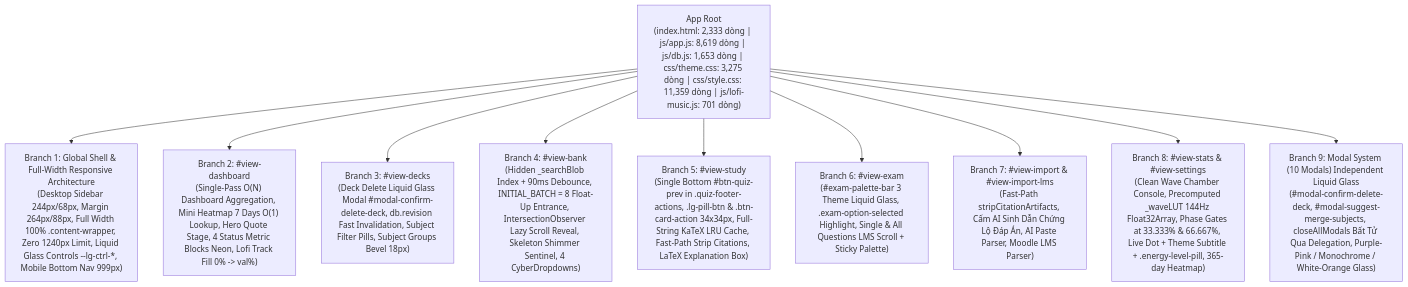
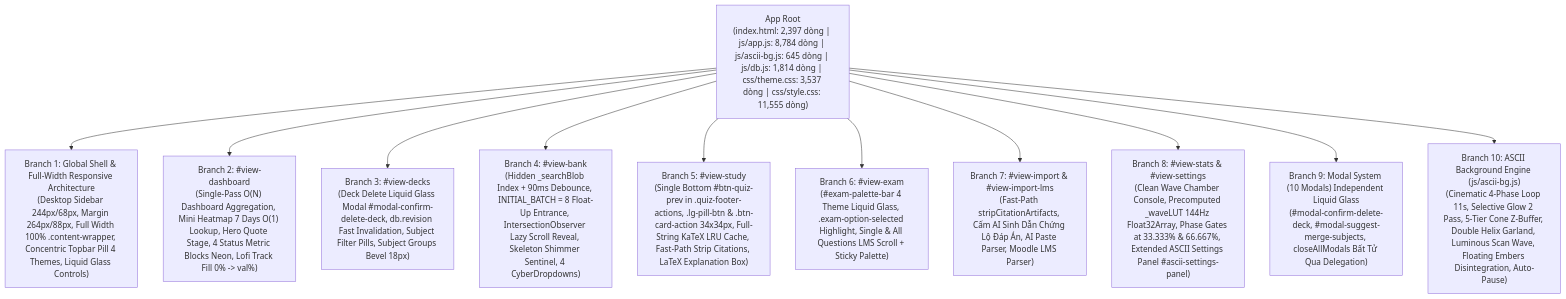
Before and after one commit to longcrpuen/tinhminhlaki: the first of 2 diagrams in docs/ARCHITECTURE_GRAPH.md, drawn with Mermaid. The commit also changed other lines of this file and 9 other files, not shown here.

````diff
--- a/docs/ARCHITECTURE_GRAPH.md
+++ b/docs/ARCHITECTURE_GRAPH.md
@@ -15,14 +15,15 @@
 ```mermaid
 graph TD
-    Root["App Root<br/>(index.html: 2,333 dòng | js/app.js: 8,619 dòng | js/db.js: 1,653 dòng | css/theme.css: 3,275 dòng | css/style.css: 11,359 dòng | js/lofi-music.js: 701 dòng)"]
+    Root["App Root<br/>(index.html: 2,397 dòng | js/app.js: 8,784 dòng | js/ascii-bg.js: 645 dòng | js/db.js: 1,814 dòng | css/theme.css: 3,537 dòng | css/style.css: 11,555 dòng)"]
 
-    Root --> B1["Branch 1: Global Shell & Full-Width Responsive Architecture<br/>(Desktop Sidebar 244px/68px, Margin 264px/88px, Full Width 100% .content-wrapper, Zero 1240px Limit, Liquid Glass Controls --lg-ctrl-*, Mobile Bottom Nav 999px)"]
+    Root --> B1["Branch 1: Global Shell & Full-Width Responsive Architecture<br/>(Desktop Sidebar 244px/68px, Margin 264px/88px, Full Width 100% .content-wrapper, Concentric Topbar Pill 4 Themes, Liquid Glass Controls)"]
     Root --> B2["Branch 2: #view-dashboard<br/>(Single-Pass O(N) Dashboard Aggregation, Mini Heatmap 7 Days O(1) Lookup, Hero Quote Stage, 4 Status Metric Blocks Neon, Lofi Track Fill 0% -> val%)"]
     Root --> B3["Branch 3: #view-decks<br/>(Deck Delete Liquid Glass Modal #modal-confirm-delete-deck, db.revision Fast Invalidation, Subject Filter Pills, Subject Groups Bevel 18px)"]
     Root --> B4["Branch 4: #view-bank<br/>(Hidden _searchBlob Index + 90ms Debounce, INITIAL_BATCH = 8 Float-Up Entrance, IntersectionObserver Lazy Scroll Reveal, Skeleton Shimmer Sentinel, 4 CyberDropdowns)"]
     Root --> B5["Branch 5: #view-study<br/>(Single Bottom #btn-quiz-prev in .quiz-footer-actions, .lg-pill-btn & .btn-card-action 34x34px, Full-String KaTeX LRU Cache, Fast-Path Strip Citations, LaTeX Explanation Box)"]
-    Root --> B6["Branch 6: #view-exam<br/>(#exam-palette-bar 3 Theme Liquid Glass, .exam-option-selected Highlight, Single & All Questions LMS Scroll + Sticky Palette)"]
+    Root --> B6["Branch 6: #view-exam<br/>(#exam-palette-bar 4 Theme Liquid Glass, .exam-option-selected Highlight, Single & All Questions LMS Scroll + Sticky Palette)"]
     Root --> B7["Branch 7: #view-import & #view-import-lms<br/>(Fast-Path stripCitationArtifacts, Cấm AI Sinh Dẫn Chứng Lộ Đáp Án, AI Paste Parser, Moodle LMS Parser)"]
-    Root --> B8["Branch 8: #view-stats & #view-settings<br/>(Clean Wave Chamber Console, Precomputed _waveLUT 144Hz Float32Array, Phase Gates at 33.333% & 66.667%, Live Dot + Theme Subtitle + .energy-level-pill, 365-day Heatmap)"]
-    Root --> B9["Branch 9: Modal System (10 Modals) Independent Liquid Glass<br/>(#modal-confirm-delete-deck, #modal-suggest-merge-subjects, closeAllModals Bất Tử Qua Delegation, Purple-Pink / Monochrome / White-Orange Glass)"]
+    Root --> B8["Branch 8: #view-stats & #view-settings<br/>(Clean Wave Chamber Console, Precomputed _waveLUT 144Hz Float32Array, Phase Gates at 33.333% & 66.667%, Extended ASCII Settings Panel #ascii-settings-panel)"]
+    Root --> B9["Branch 9: Modal System (10 Modals) Independent Liquid Glass<br/>(#modal-confirm-delete-deck, #modal-suggest-merge-subjects, closeAllModals Bất Tử Qua Delegation)"]
+    Root --> B10["Branch 10: ASCII Background Engine (js/ascii-bg.js)<br/>(Cinematic 4-Phase Loop 11s, Selective Glow 2 Pass, 5-Tier Cone Z-Buffer, Double Helix Garland, Luminous Scan Wave, Floating Embers Disintegration, Auto-Pause)"]
 ```
````
